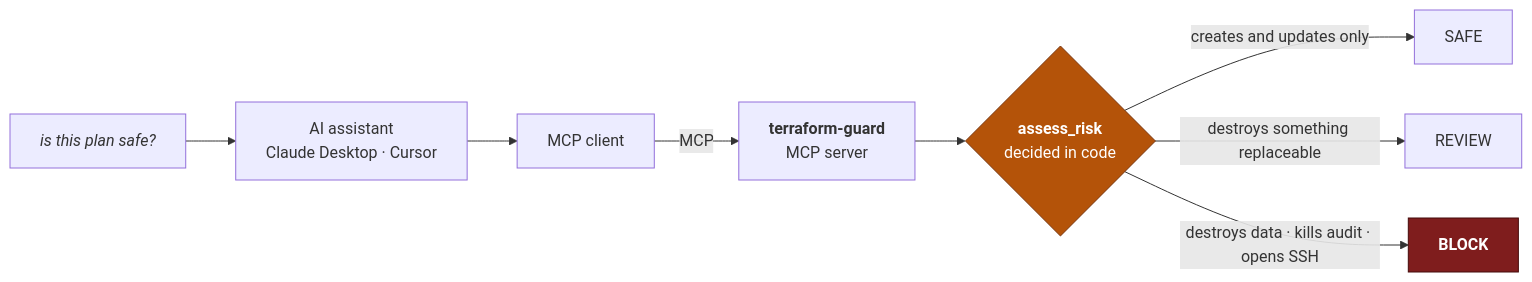
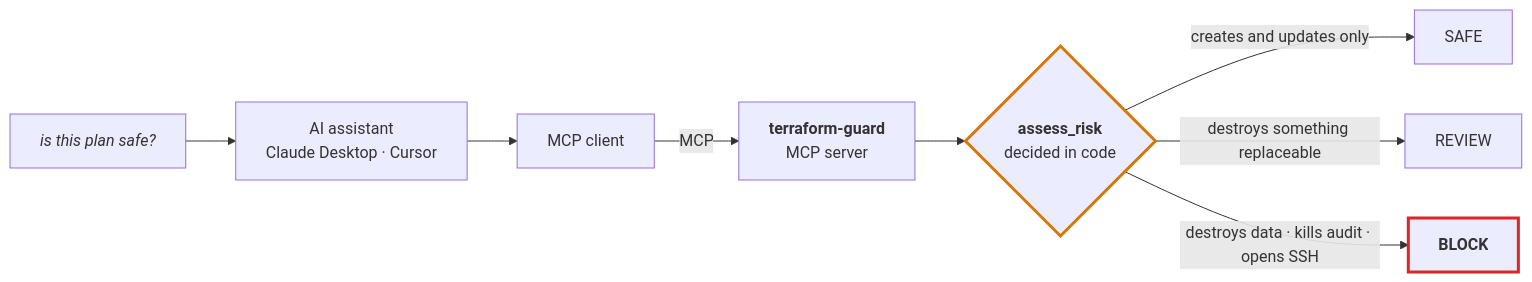
One commit to sadvi11/terraform-guard-mcp changed the diagram in README.md. Above: the diagram before and after it, drawn with Mermaid.

Commit message:
Style diagrams with outlines rather than fills
GitHub picks a light or dark Mermaid theme to match the reader, and it
pairs text and background for every node it styles itself. Setting a fill
opts out of that pairing - so a node that read well in one theme lost its
contrast in the other, and the emphasised nodes stopped standing out from
the ones around them.

Emphasis is now a coloured 3px outline and nothing else. The theme keeps
control of every text and background colour, so the diagrams are legible in
both modes by construction rather than by luck. Amber marks a decision,
red a failure path, green a good one, blue the central thing.

````diff
--- a/README.md
+++ b/README.md
@@ -32,21 +32,21 @@
 ```mermaid
 flowchart LR
     U["<i>is this plan safe?</i>"]
     A["AI assistant<br/>Claude Desktop · Cursor"]
     C["MCP client"]
     S["<b>terraform-guard</b><br/>MCP server"]
     P{"<b>assess_risk</b><br/>decided in code"}
     SAFE["SAFE"]
     REV["REVIEW"]
     BLK["<b>BLOCK</b>"]
 
     U --> A --> C -->|"MCP"| S --> P
     P -->|"creates and updates only"| SAFE
     P -->|"destroys something replaceable"| REV
     P -->|"destroys data · kills audit · opens SSH"| BLK
 
-    classDef guard fill:#b45309,stroke:#78350f,color:#fff
-    classDef block fill:#7f1d1d,stroke:#450a0a,color:#fff
+    classDef guard stroke:#d97706,stroke-width:3px
+    classDef block stroke:#dc2626,stroke-width:3px
     class P guard
     class BLK block
 ```
````
